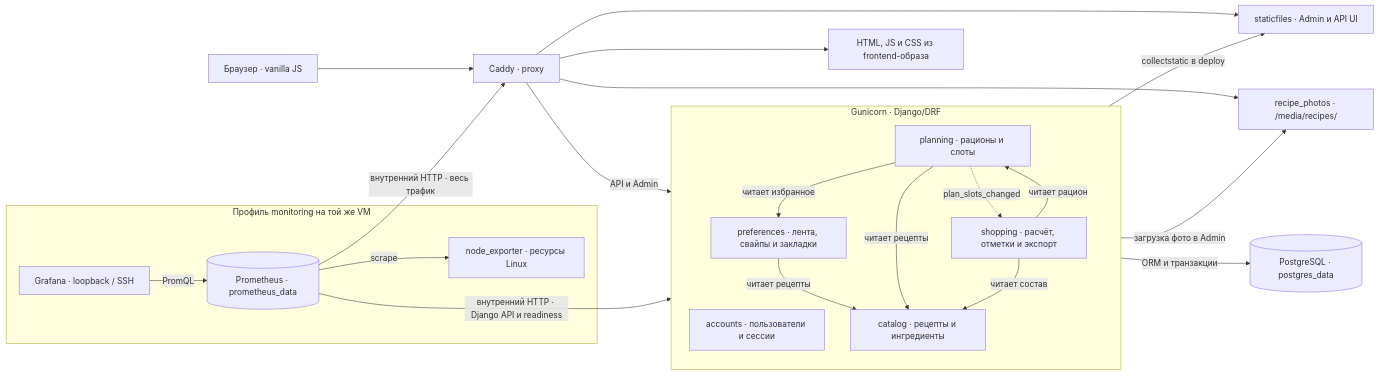
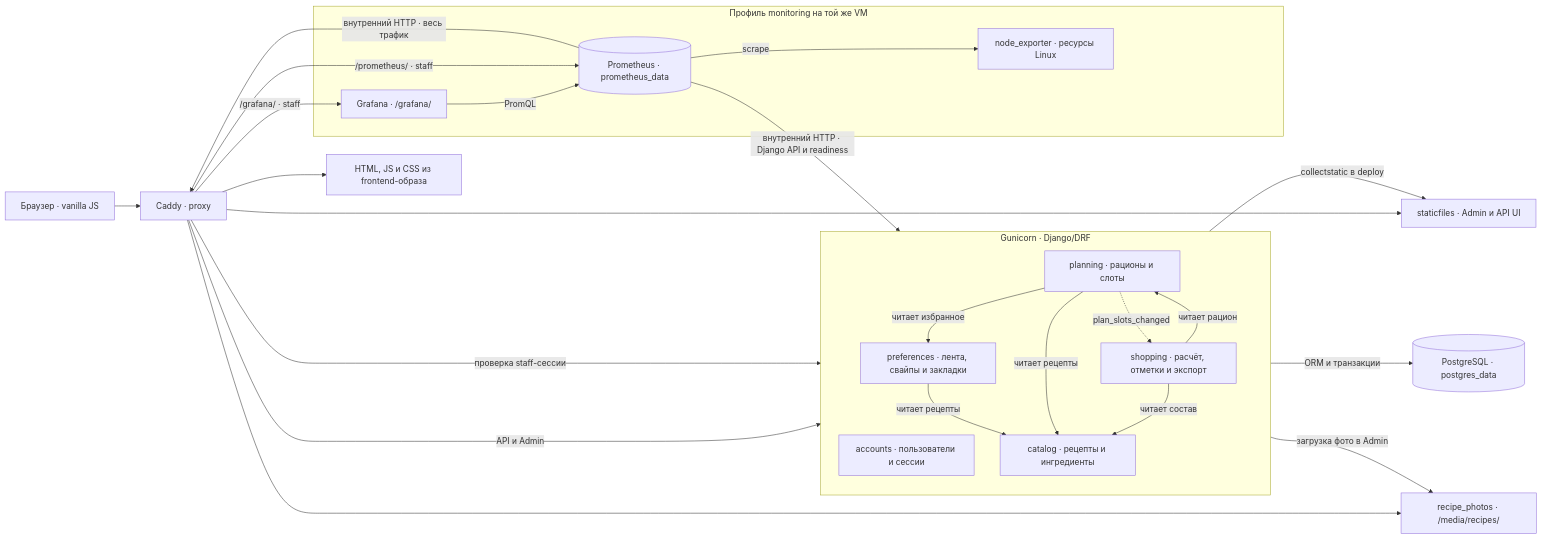
The first of 2 diagrams in docs/architecture.md (DeV0id13/food_tinder), drawn with Mermaid before and after one commit. The commit also changed 14 other files, not shown here.

````diff
--- a/docs/architecture.md
+++ b/docs/architecture.md
@@ -8,33 +8,36 @@
 ```mermaid
 flowchart LR
     browser["Браузер · vanilla JS"] --> caddy["Caddy · proxy"]
     caddy --> spa["HTML, JS и CSS из frontend-образа"]
     caddy --> static["staticfiles · Admin и API UI"]
     caddy --> media["recipe_photos · /media/recipes/"]
     caddy -->|"API и Admin"| django
     subgraph django["Gunicorn · Django/DRF"]
         accounts["accounts · пользователи и сессии"]
         catalog["catalog · рецепты и ингредиенты"]
         preferences["preferences · лента, свайпы и закладки"]
         planning["planning · рационы и слоты"]
         shopping["shopping · расчёт, отметки и экспорт"]
         preferences -->|"читает рецепты"| catalog
         planning -->|"читает избранное"| preferences
         planning -->|"читает рецепты"| catalog
         shopping -->|"читает рацион"| planning
         shopping -->|"читает состав"| catalog
         planning -.->|"plan_slots_changed"| shopping
     end
     django -->|"ORM и транзакции"| postgres[("PostgreSQL · postgres_data")]
     django -->|"collectstatic в deploy"| static
     django -->|"загрузка фото в Admin"| media
     subgraph monitoring["Профиль monitoring на той же VM"]
         node["node_exporter · ресурсы Linux"]
         prom[("Prometheus · prometheus_data")]
-        graf["Grafana · loopback / SSH"]
+        graf["Grafana · /grafana/"]
         prom -->|"scrape"| node
         graf -->|"PromQL"| prom
     end
+    caddy -->|"/grafana/ · staff"| graf
+    caddy -->|"/prometheus/ · staff"| prom
+    caddy -->|"проверка staff-сессии"| django
     prom -->|"внутренний HTTP · весь трафик"| caddy
     prom -->|"внутренний HTTP · Django API и readiness"| django
 ```
````
